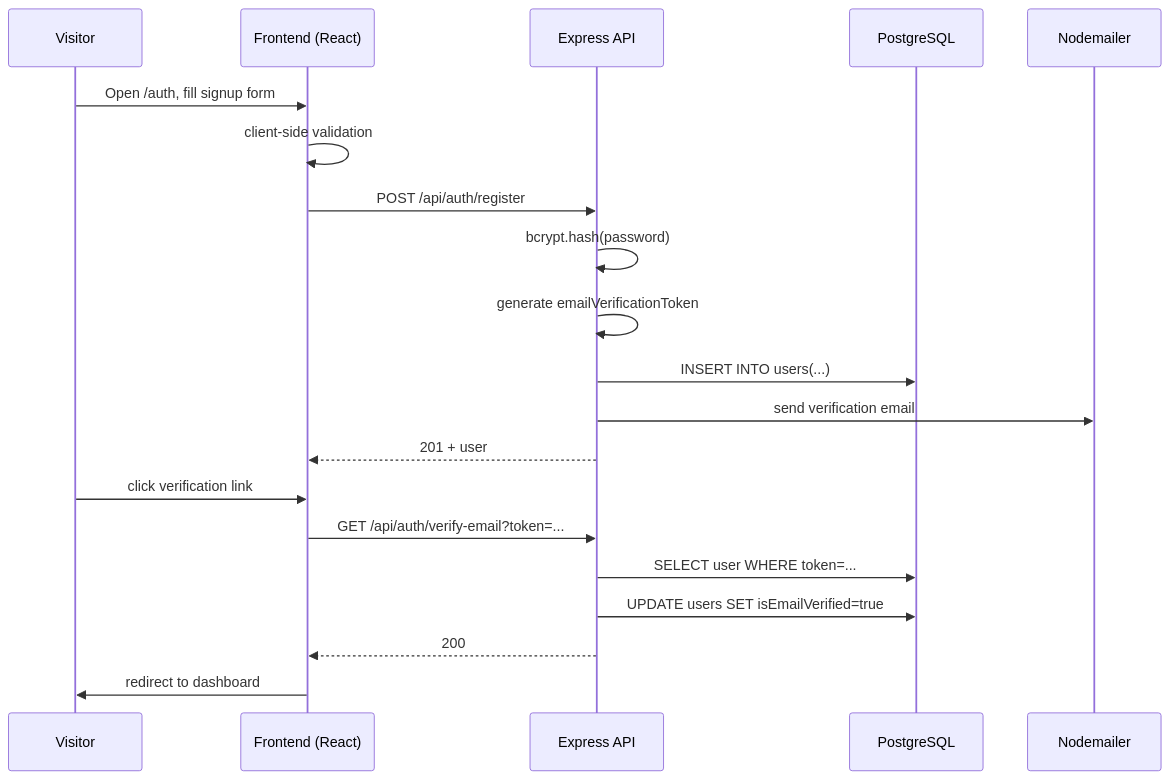
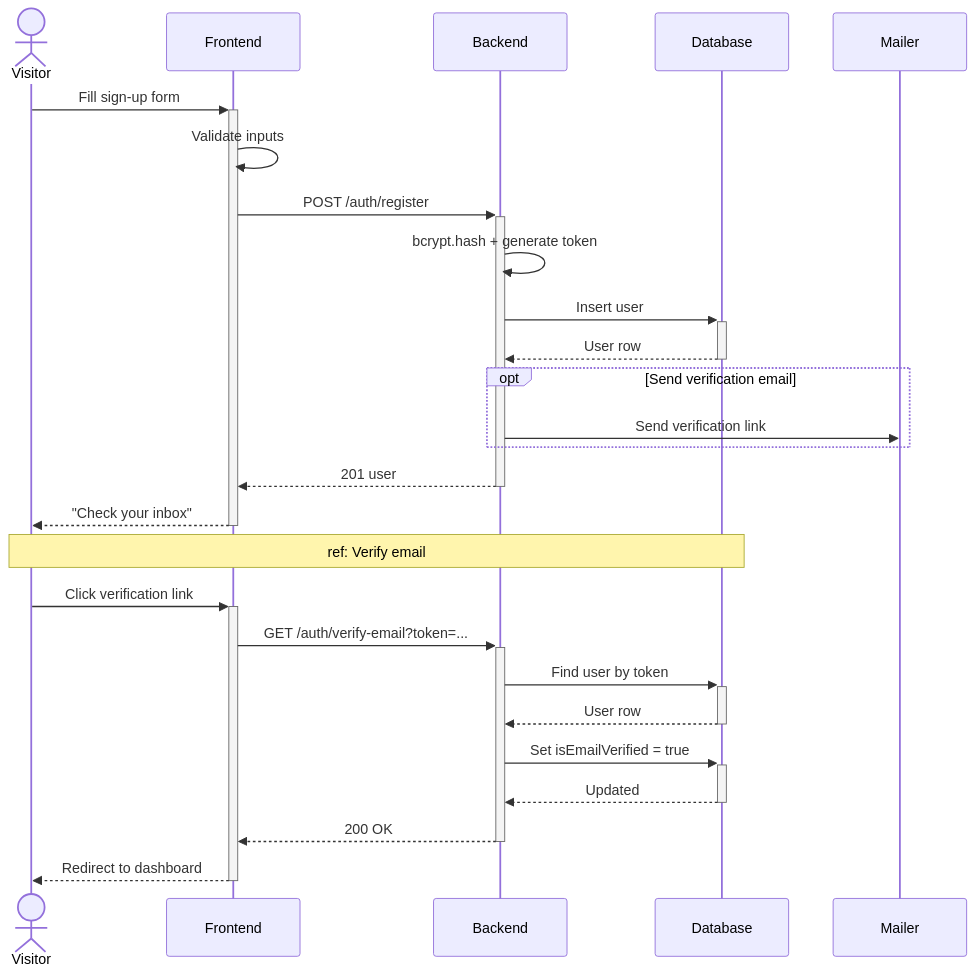
One commit to MaizaAymen/OmniLearn changed the fourth of 19 diagrams in docs/11_flows_and_diagrams.md. Above: the diagram before and after it, drawn with Mermaid. The commit also changed other lines of this file and 4 other files, not shown here.

````diff
--- a/docs/11_flows_and_diagrams.md
+++ b/docs/11_flows_and_diagrams.md
@@ -334,23 +334,33 @@
 ```mermaid
 sequenceDiagram
-  participant V as Visitor
-  participant FE as Frontend (React)
-  participant API as Express API
-  participant DB as PostgreSQL
-  participant SMTP as Nodemailer
+    actor Visitor
+    participant FE as Frontend
+    participant API as Backend
+    participant DB as Database
+    participant Mail as Mailer
 
-  V->>FE: Open /auth, fill signup form
-  FE->>FE: client-side validation
-  FE->>API: POST /api/auth/register
-  API->>API: bcrypt.hash(password)
-  API->>API: generate emailVerificationToken
-  API->>DB: INSERT INTO users(...)
-  API->>SMTP: send verification email
-  API-->>FE: 201 + user
-  V->>FE: click verification link
-  FE->>API: GET /api/auth/verify-email?token=...
-  API->>DB: SELECT user WHERE token=...
-  API->>DB: UPDATE users SET isEmailVerified=true
-  API-->>FE: 200
-  FE->>V: redirect to dashboard
+    Visitor->>+FE: Fill sign-up form
+    FE->>FE: Validate inputs
+    FE->>+API: POST /auth/register
+    API->>API: bcrypt.hash + generate token
+    API->>+DB: Insert user
+    DB-->>-API: User row
+
+    opt Send verification email
+        API->>Mail: Send verification link
+    end
+
+    API-->>-FE: 201 user
+    FE-->>-Visitor: "Check your inbox"
+
+    Note over Visitor,DB: ref: Verify email
+
+    Visitor->>+FE: Click verification link
+    FE->>+API: GET /auth/verify-email?token=...
+    API->>+DB: Find user by token
+    DB-->>-API: User row
+    API->>+DB: Set isEmailVerified = true
+    DB-->>-API: Updated
+    API-->>-FE: 200 OK
+    FE-->>-Visitor: Redirect to dashboard
 ```
````
